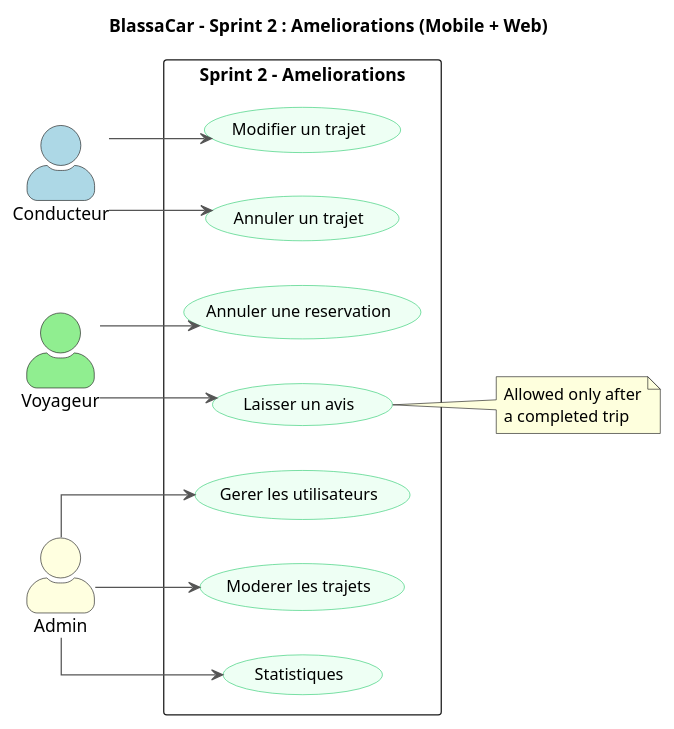
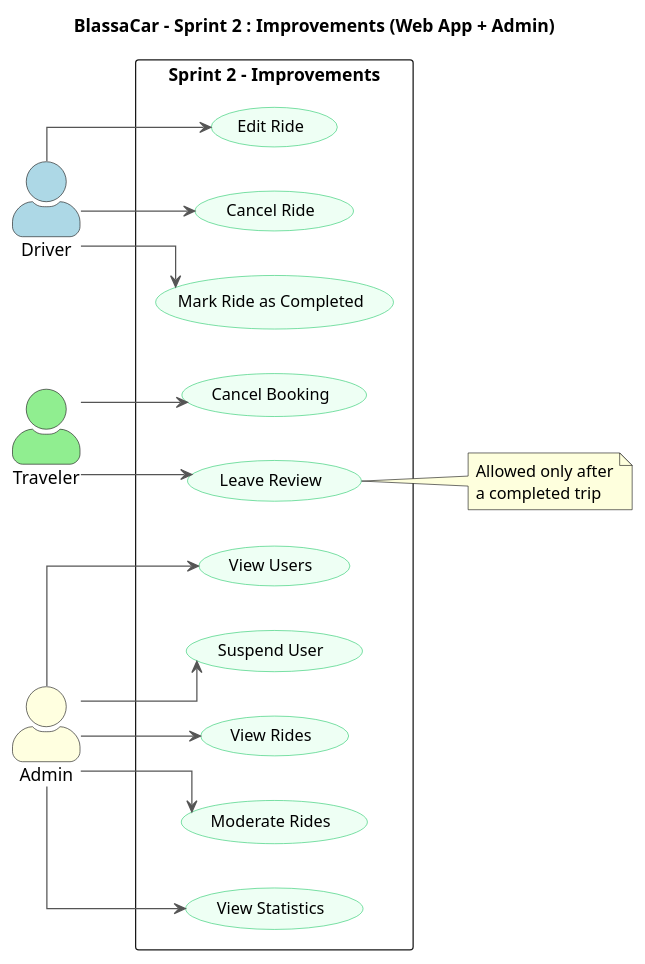
Before and after one commit to ayoub21dev/BlassaCar: the diagram in Analyse/cas_uitilisation/cas_utilisation-sprints/Sprint2.puml, drawn with PlantUML. The commit also changed 4 other files, not shown here.

```diff
--- a/Analyse/cas_uitilisation/cas_utilisation-sprints/Sprint2.puml
+++ b/Analyse/cas_uitilisation/cas_utilisation-sprints/Sprint2.puml
@@ -1,47 +1,53 @@
 @startuml Sprint2
 left to right direction
 
 skinparam actorStyle awesome
 skinparam usecase {
   BackgroundColor #EEFFF4
   BorderColor #2ECC71
   FontSize 13
 }
 skinparam ArrowColor #555555
 skinparam ArrowFontSize 11
 skinparam linetype ortho
 
-title BlassaCar - Sprint 2 : Ameliorations (Mobile + Web)
+title BlassaCar - Sprint 2 : Improvements (Web App + Admin)
 
-actor "Conducteur" as C #lightblue
-actor "Voyageur"   as V #lightgreen
-actor "Admin"      as A #lightyellow
+actor "Driver" as D #lightblue
+actor "Traveler" as T #lightgreen
+actor "Admin" as A #lightyellow
 
-rectangle "Sprint 2 - Ameliorations" {
-  usecase "Modifier un trajet" as UC4
-  usecase "Annuler un trajet" as UC5
+rectangle "Sprint 2 - Improvements" {
+  usecase "Edit Ride" as UC1
+  usecase "Cancel Ride" as UC2
+  usecase "Mark Ride as Completed" as UC3
 
-  usecase "Annuler une reservation" as UC8
-  usecase "Laisser un avis" as UC9
+  usecase "Cancel Booking" as UC4
+  usecase "Leave Review" as UC5
 
-  usecase "Gerer les utilisateurs" as UC11
-  usecase "Moderer les trajets" as UC12
-  usecase "Statistiques" as UC13
+  usecase "View Users" as UC6
+  usecase "Suspend User" as UC7
+  usecase "View Rides" as UC8
+  usecase "Moderate Rides" as UC9
+  usecase "View Statistics" as UC10
 }
 
-C --> UC4
-C --> UC5
+D --> UC1
+D --> UC2
+D --> UC3
 
-V --> UC8
-V --> UC9
+T --> UC4
+T --> UC5
 
-A --> UC11
-A --> UC12
-A --> UC13
+A --> UC6
+A --> UC7
+A --> UC8
+A --> UC9
+A --> UC10
 
-note right of UC9
+note right of UC5
 Allowed only after
 a completed trip
 end note
 
 @enduml
```
